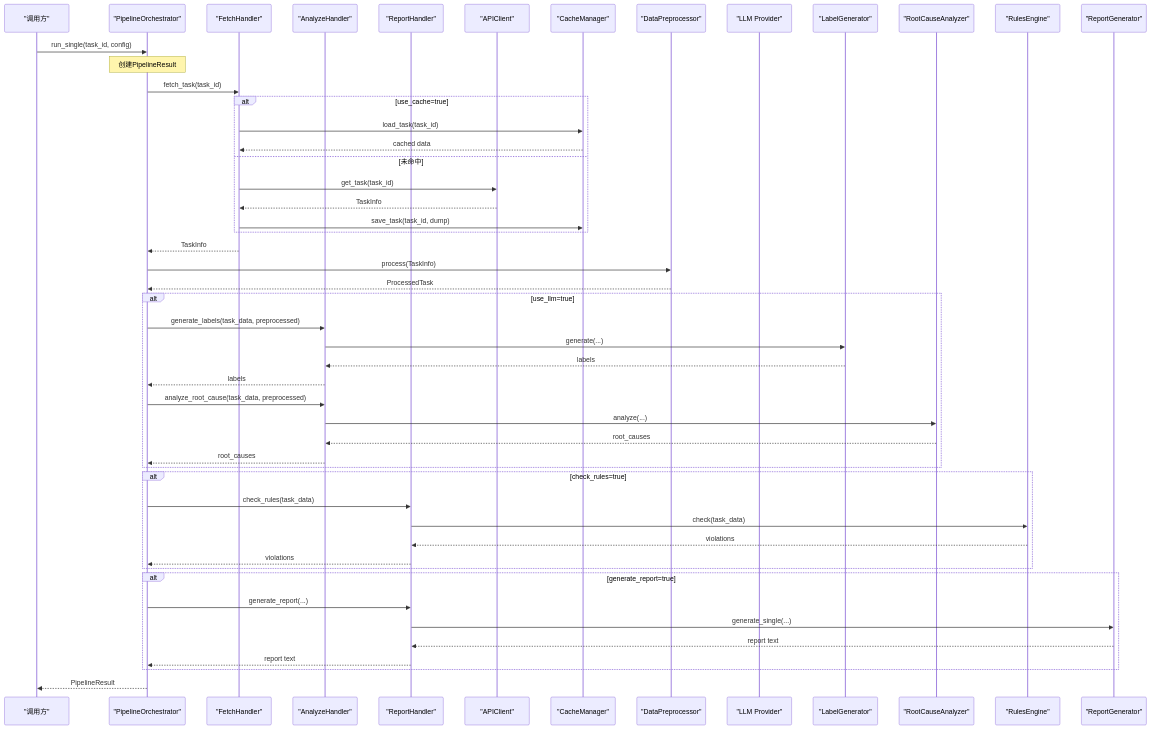
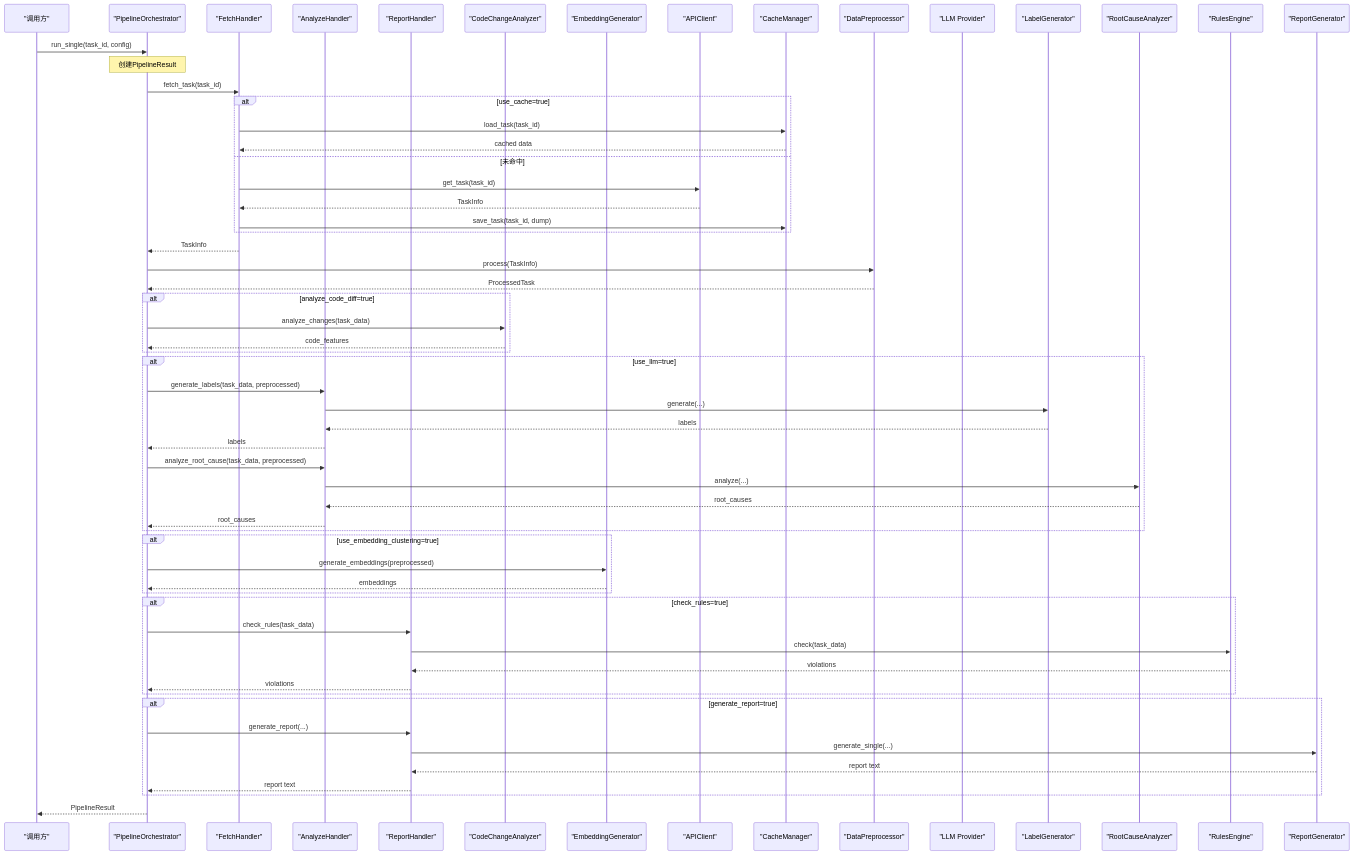
One commit to boyingliu01/fault-review-analyzer changed the second of 8 diagrams in .qoder/repowiki/zh/content/核心架构/核心组件/分析流水线编排器.md. Above: the diagram before and after it, drawn with Mermaid. The commit also changed other lines of this file and 125 other files, not shown here.

````diff
--- a/.qoder/repowiki/zh/content/核心架构/核心组件/分析流水线编排器.md
+++ b/.qoder/repowiki/zh/content/核心架构/核心组件/分析流水线编排器.md
@@ -142,53 +161,63 @@
 ```mermaid
 sequenceDiagram
 participant Caller as "调用方"
 participant Orchestrator as "PipelineOrchestrator"
 participant Fetch as "FetchHandler"
 participant Analyze as "AnalyzeHandler"
 participant Report as "ReportHandler"
+participant CodeDiff as "CodeChangeAnalyzer"
+participant EmbedGen as "EmbeddingGenerator"
 participant API as "APIClient"
 participant Cache as "CacheManager"
 participant Prep as "DataPreprocessor"
 participant LLM as "LLM Provider"
 participant Label as "LabelGenerator"
 participant RCA as "RootCauseAnalyzer"
 participant Rules as "RulesEngine"
 participant Gen as "ReportGenerator"
 Caller->>Orchestrator : run_single(task_id, config)
 Note over Orchestrator : 创建PipelineResult
 Orchestrator->>Fetch : fetch_task(task_id)
 alt use_cache=true
 Fetch->>Cache : load_task(task_id)
 Cache-->>Fetch : cached data
 else 未命中
 Fetch->>API : get_task(task_id)
 API-->>Fetch : TaskInfo
 Fetch->>Cache : save_task(task_id, dump)
 end
 Fetch-->>Orchestrator : TaskInfo
 Orchestrator->>Prep : process(TaskInfo)
 Prep-->>Orchestrator : ProcessedTask
+alt analyze_code_diff=true
+Orchestrator->>CodeDiff : analyze_changes(task_data)
+CodeDiff-->>Orchestrator : code_features
+end
 alt use_llm=true
 Orchestrator->>Analyze : generate_labels(task_data, preprocessed)
 Analyze->>Label : generate(...)
 Label-->>Analyze : labels
 Analyze-->>Orchestrator : labels
 Orchestrator->>Analyze : analyze_root_cause(task_data, preprocessed)
 Analyze->>RCA : analyze(...)
 RCA-->>Analyze : root_causes
 Analyze-->>Orchestrator : root_causes
+end
+alt use_embedding_clustering=true
+Orchestrator->>EmbedGen : generate_embeddings(preprocessed)
+EmbedGen-->>Orchestrator : embeddings
 end
 alt check_rules=true
 Orchestrator->>Report : check_rules(task_data)
 Report->>Rules : check(task_data)
 Rules-->>Report : violations
 Report-->>Orchestrator : violations
 end
 alt generate_report=true
 Orchestrator->>Report : generate_report(...)
 Report->>Gen : generate_single(...)
 Gen-->>Report : report text
 Report-->>Orchestrator : report text
 end
 Orchestrator-->>Caller : PipelineResult
 ```
````
